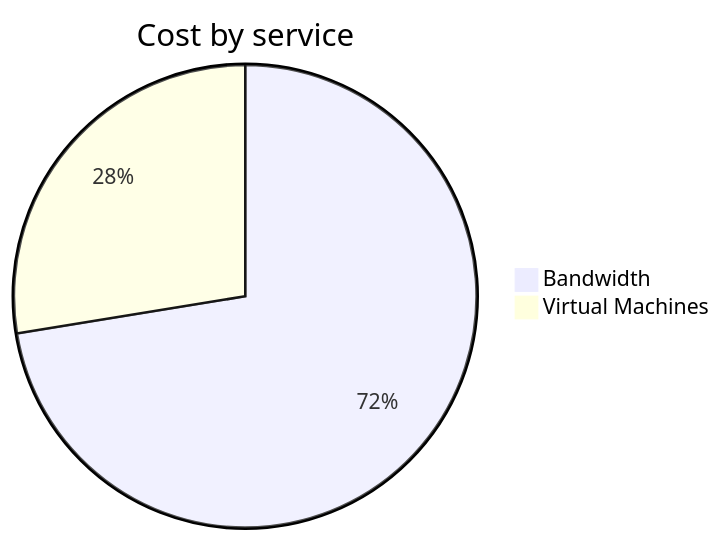
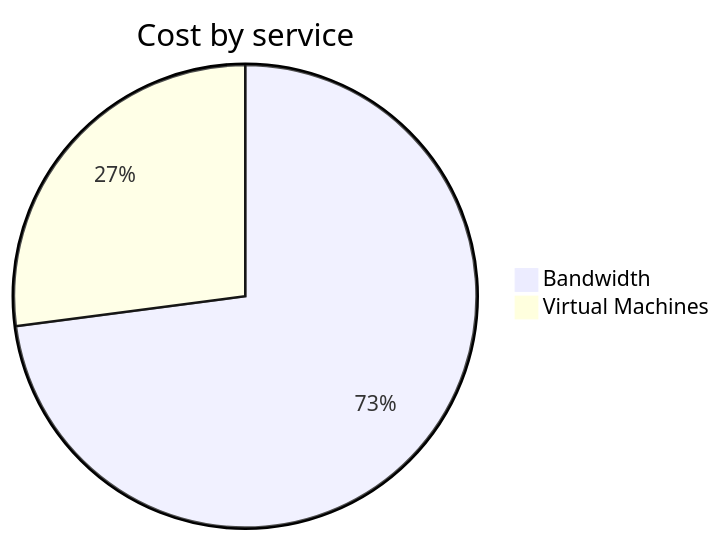
One commit to jpfulton/azure-personal-reports changed the second of 4 diagrams in cost-reports/personal-network/vpn-server.md. Above: the diagram before and after it, drawn with Mermaid. The commit also changed other lines of this file and 8 other files, not shown here.

````diff
--- a/cost-reports/personal-network/vpn-server.md
+++ b/cost-reports/personal-network/vpn-server.md
@@ -96,6 +96,6 @@
 ```mermaid
 pie
    title Cost by service
-   "Bandwidth" : 14.74
-   "Virtual Machines" : 5.61
+   "Bandwidth" : 15.71
+   "Virtual Machines" : 5.83
 ```
````
